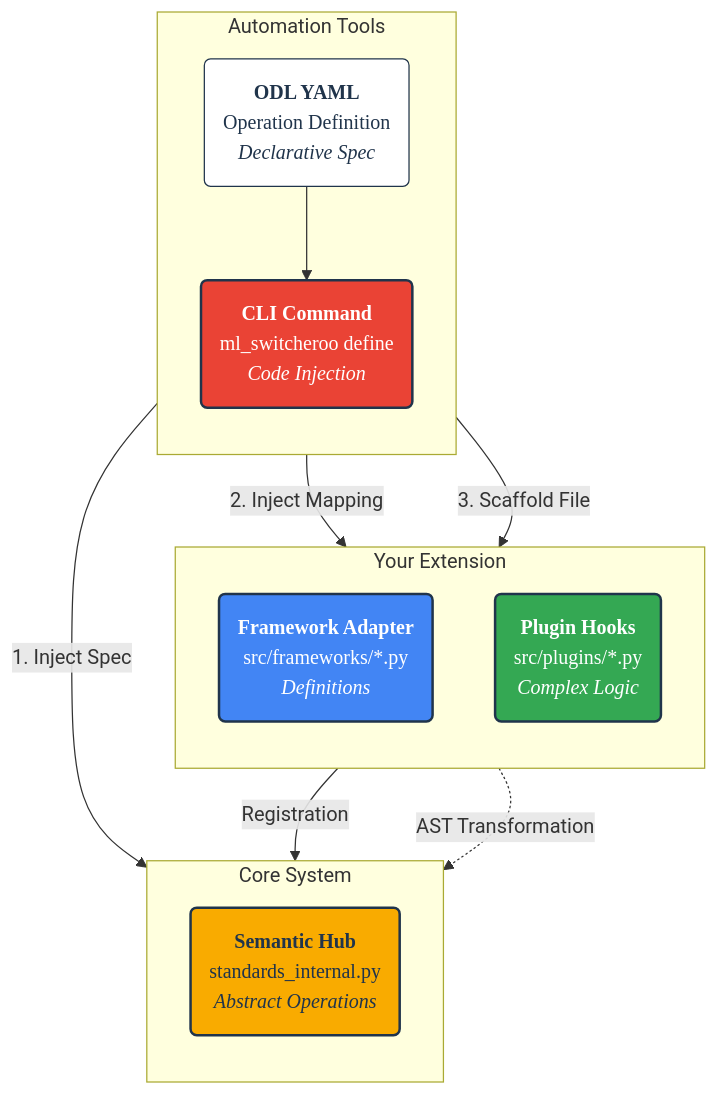
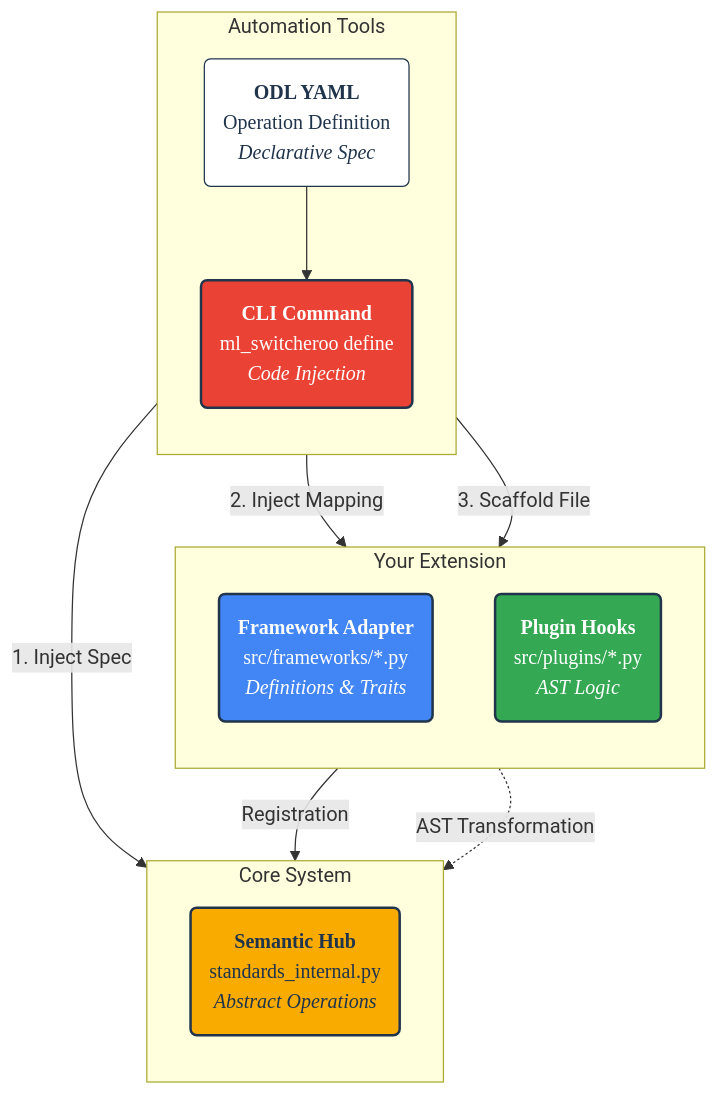
One commit to SamuelMarks/ml-switcheroo changed the diagram in EXTENDING.md. Above: the diagram before and after it, drawn with Mermaid. The commit also changed other lines of this file and 3 other files, not shown here.

Commit message:
[tests/frameworks/test_jax_adapter_inheritance.py] CI fix ; [{ARCHITECTURE,EXTENDING,EXTENDING_WITH_DSL}.md] Update to reflect current state

````diff
--- a/EXTENDING.md
+++ b/EXTENDING.md
@@ -25,34 +24,34 @@
 ```mermaid
 graph TD
-%% Styles based on ARCHITECTURE.md theme
-    classDef hub fill: #f9ab00, stroke: #20344b, stroke-width: 2px, color: #20344b, font-family: 'Google Sans', rx: 5px
-    classDef adapter fill: #4285f4, stroke: #20344b, stroke-width: 2px, color: #ffffff, font-family: 'Google Sans', rx: 5px
-    classDef plugin fill: #34a853, stroke: #20344b, stroke-width: 2px, color: #ffffff, font-family: 'Google Sans', rx: 5px
-    classDef tool fill: #ea4335, stroke: #20344b, stroke-width: 2px, color: #ffffff, font-family: 'Google Sans', rx: 5px
-    classDef input fill: #ffffff, stroke: #20344b, stroke-width: 1px, color: #20344b, font-family: 'Roboto Mono'
+    %% Styles based on ARCHITECTURE.md theme
+    classDef hub fill:#f9ab00,stroke:#20344b,stroke-width:2px,color:#20344b,font-family:'Google Sans',rx:5px;
+    classDef adapter fill:#4285f4,stroke:#20344b,stroke-width:2px,color:#ffffff,font-family:'Google Sans',rx:5px;
+    classDef plugin fill:#34a853,stroke:#20344b,stroke-width:2px,color:#ffffff,font-family:'Google Sans',rx:5px;
+    classDef tool fill:#ea4335,stroke:#20344b,stroke-width:2px,color:#ffffff,font-family:'Google Sans',rx:5px;
+    classDef input fill:#ffffff,stroke:#20344b,stroke-width:1px,color:#20344b,font-family:'Roboto Mono';
 
     subgraph EXT [Your Extension]
         direction TB
-        ADAPTER("<b>Framework Adapter</b><br/>src/frameworks/*.py<br/><i>Definitions</i>"):::adapter
-        PLUGIN("<b>Plugin Hooks</b><br/>src/plugins/*.py<br/><i>Complex Logic</i>"):::plugin
+        ADAPTER("<b>Framework Adapter</b><br/>src/frameworks/*.py<br/><i>Definitions & Traits</i>"):::adapter
+        PLUGIN("<b>Plugin Hooks</b><br/>src/plugins/*.py<br/><i>AST Logic</i>"):::plugin
     end
 
     subgraph CORE [Core System]
         direction TB
         HUB("<b>Semantic Hub</b><br/>standards_internal.py<br/><i>Abstract Operations</i>"):::hub
     end
 
     subgraph TOOLS [Automation Tools]
         direction TB
         DEFINE("<b>CLI Command</b><br/>ml_switcheroo define<br/><i>Code Injection</i>"):::tool
         YAML("<b>ODL YAML</b><br/>Operation Definition<br/><i>Declarative Spec</i>"):::input
     end
 
-%% Wiring
+    %% Wiring
     YAML --> DEFINE
     DEFINE -->|" 1. Inject Spec "| HUB
     DEFINE -->|" 2. Inject Mapping "| ADAPTER
     DEFINE -->|" 3. Scaffold File "| PLUGIN
     ADAPTER -->|" Registration "| HUB
     PLUGIN -.->|" AST Transformation "| HUB
 ```
````
